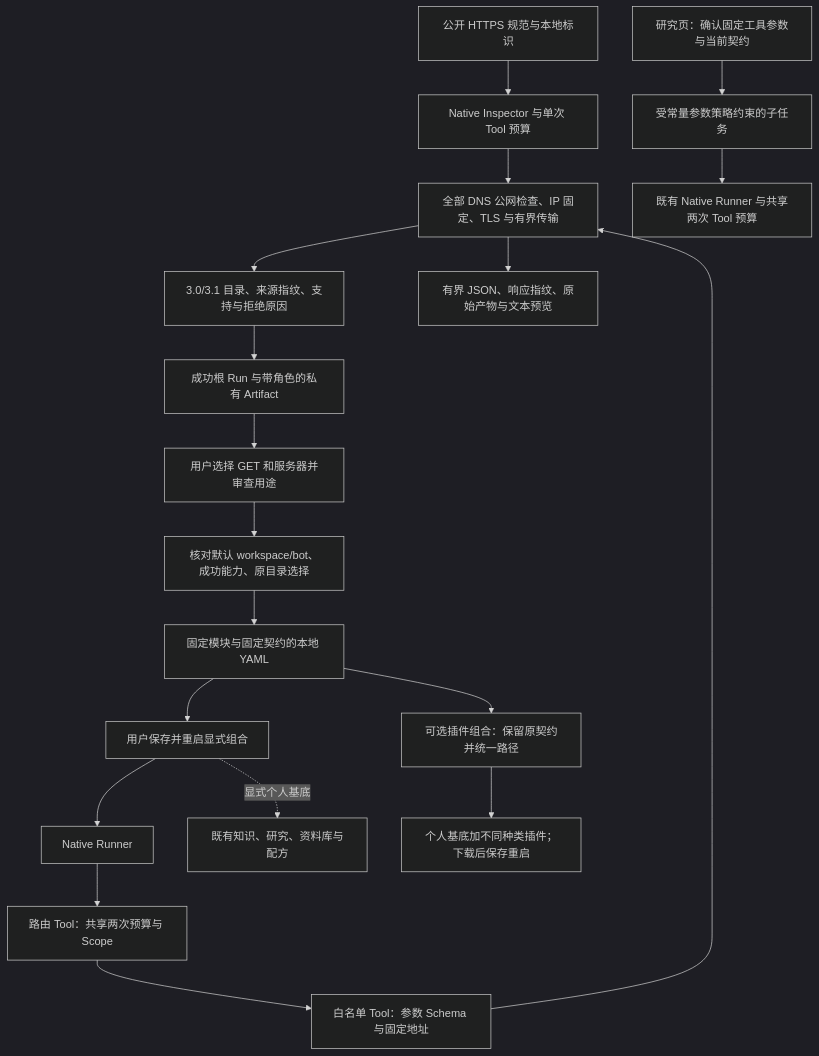
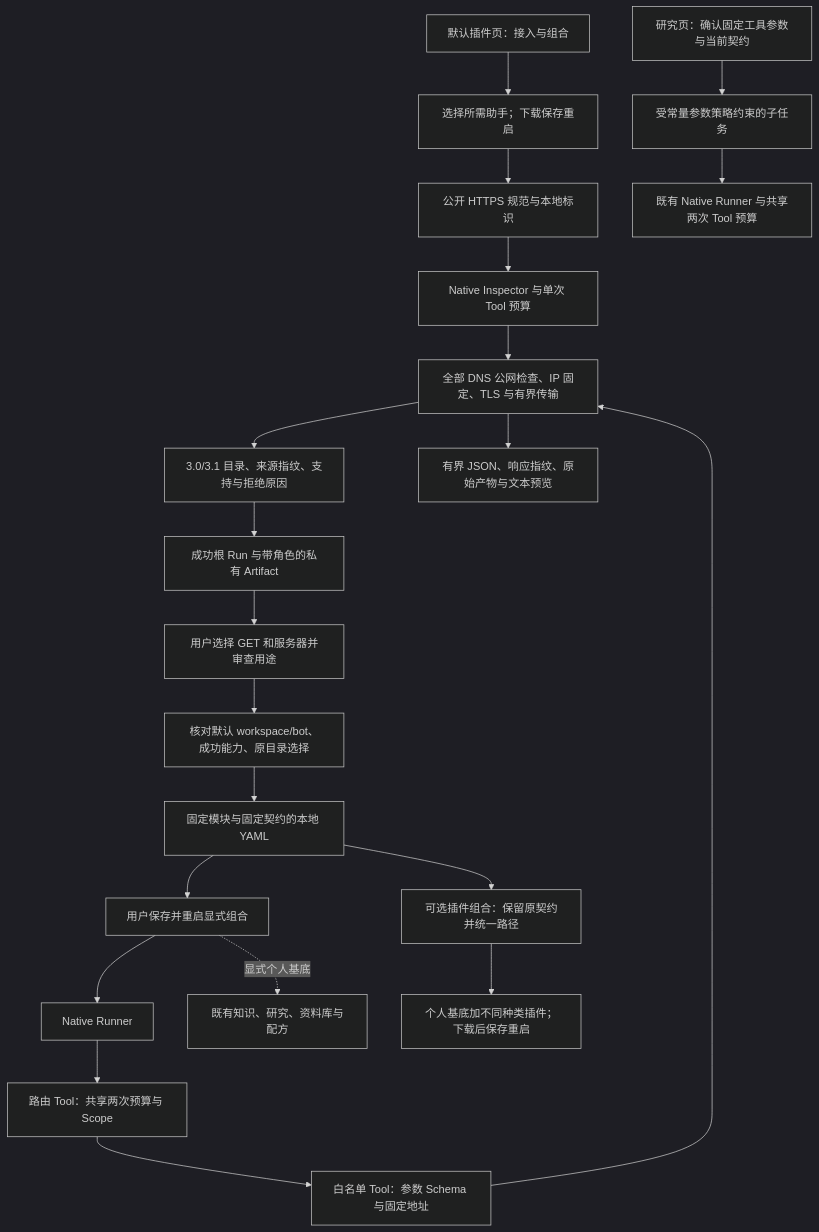
Before and after one commit to KlayPeter/AI-Delivery-Ops-Agent: the diagram in backend/src/connectors/openapi/FEATURE.md, drawn with Mermaid (dark theme). The commit also changed other lines of this file and 25 other files, not shown here.

````diff
--- a/backend/src/connectors/openapi/FEATURE.md
+++ b/backend/src/connectors/openapi/FEATURE.md
@@ -21,21 +21,23 @@
 ```mermaid
 flowchart TD
     UI[公开 HTTPS 规范与本地标识] --> INSPECT[Native Inspector 与单次 Tool 预算]
     INSPECT --> NET[全部 DNS 公网检查、IP 固定、TLS 与有界传输]
     NET --> CATALOG[3.0/3.1 目录、来源指纹、支持与拒绝原因]
     CATALOG --> HISTORY[成功根 Run 与带角色的私有 Artifact]
     HISTORY --> REVIEW[用户选择 GET 和服务器并审查用途]
     REVIEW --> EXPORT[核对默认 workspace/bot、成功能力、原目录选择]
     EXPORT --> YAML[固定模块与固定契约的本地 YAML]
     YAML --> RESTART[用户保存并重启显式组合]
     RESTART --> RUNNER[Native Runner]
     RESTART -. 显式个人基底 .-> PERSONAL[既有知识、研究、资料库与配方]
     RUNNER --> ROUTE[路由 Tool：共享两次预算与 Scope]
     ROUTE --> GET[白名单 Tool：参数 Schema 与固定地址]
     GET --> NET
     NET --> RESULT[有界 JSON、响应指纹、原始产物与文本预览]
     YAML --> PC[可选插件组合：保留原契约并统一路径]
     PC --> PERSONAL_COMBO[个人基底加不同种类插件；下载后保存重启]
     RFIX[研究页：确认固定工具参数与当前契约] --> RDEL[受常量参数策略约束的子任务]
     RDEL --> GATEWAY[既有 Native Runner 与共享两次 Tool 预算]
+    DEFAULT_UI[默认插件页：接入与组合] --> SETUP_YAML[选择所需助手；下载保存重启]
+    SETUP_YAML --> UI
 ```
````
